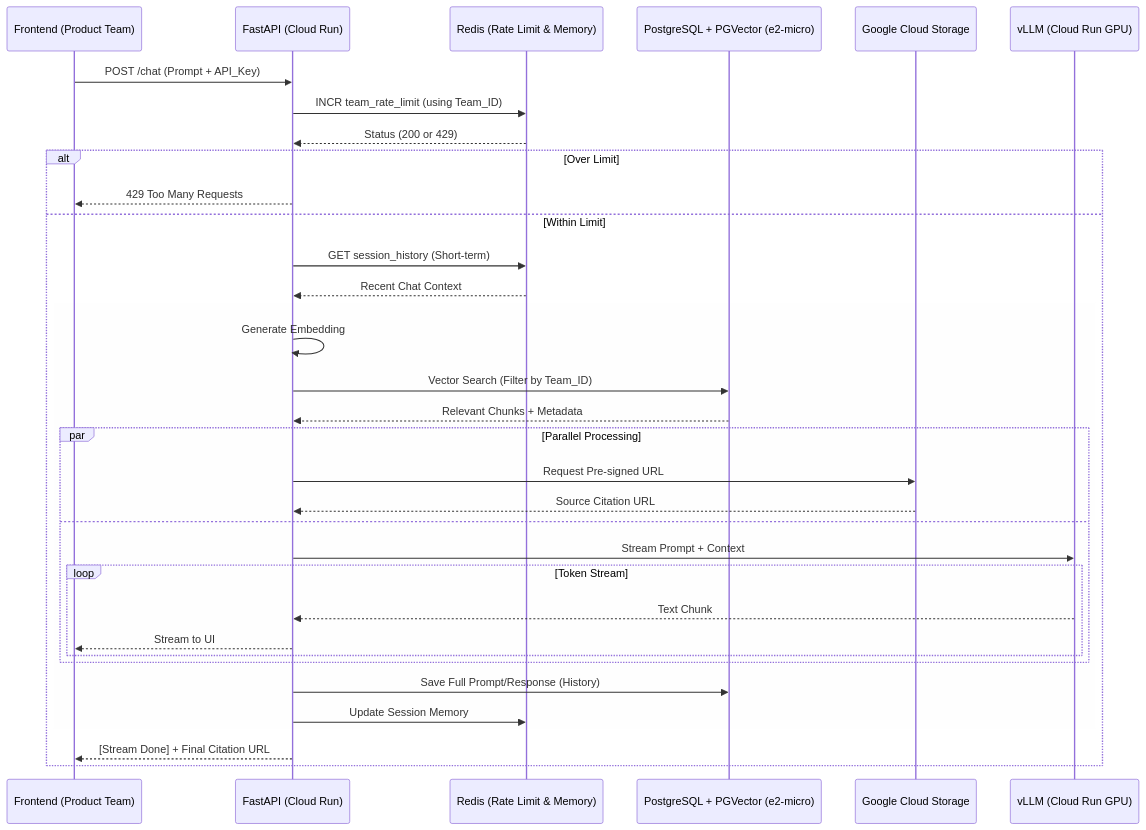
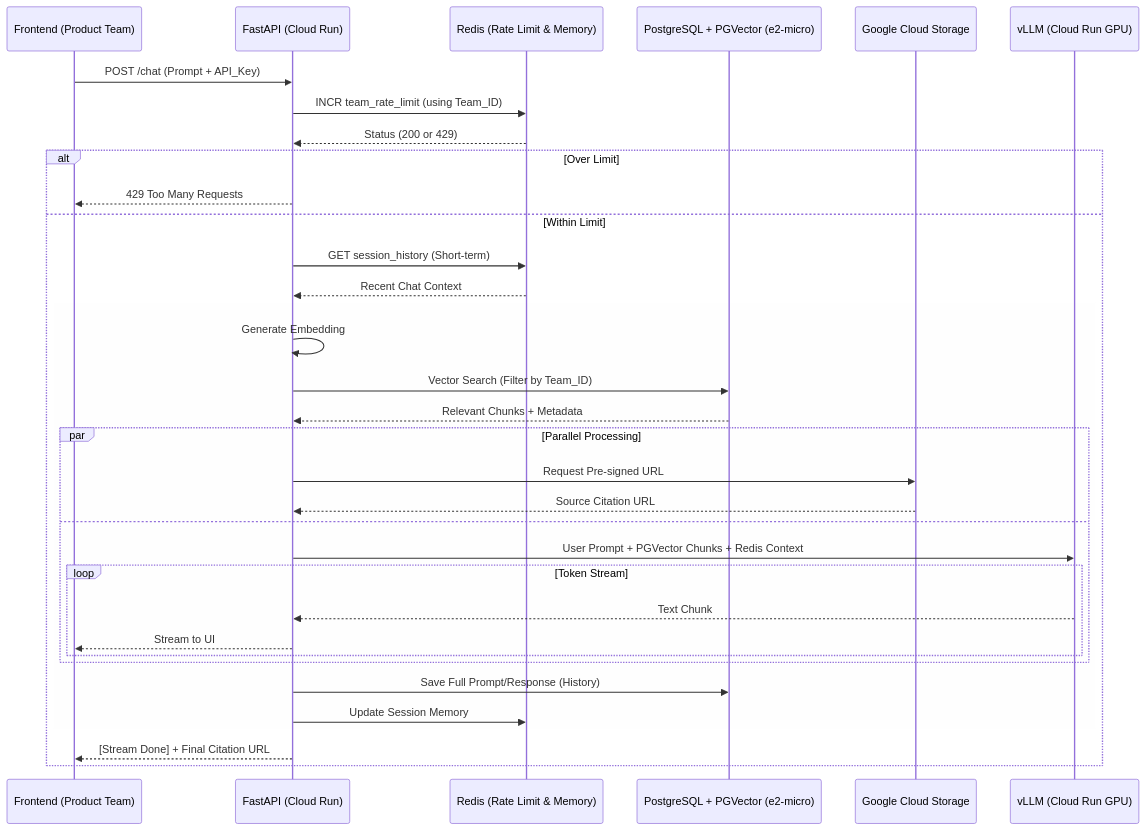
The diagram in sequence.md (Caleb-Hageman/ai-infra), drawn with Mermaid before and after one commit.

Commit message:
slight update for calling vllm

````diff
--- a/sequence.md
+++ b/sequence.md
@@ -1,44 +1,44 @@
 ```mermaid
     sequenceDiagram
     participant FE as Frontend (Product Team)
     participant API as FastAPI (Cloud Run)
     participant R as Redis (Rate Limit & Memory)
     participant DB as PostgreSQL + PGVector (e2-micro)
     participant GCS as Google Cloud Storage
     participant GPU as vLLM (Cloud Run GPU)
 
     FE->>API: POST /chat (Prompt + API_Key)
     
     API->>R: INCR team_rate_limit (using Team_ID)
     R-->>API: Status (200 or 429)
 
     alt Over Limit
         API-->>FE: 429 Too Many Requests
     else Within Limit
         API->>R: GET session_history (Short-term)
         R-->>API: Recent Chat Context
 
         rect rgba(240, 240, 240, 0.1)
             API->>API: Generate Embedding
             
             API->>DB: Vector Search (Filter by Team_ID)
             DB-->>API: Relevant Chunks + Metadata
             
             par Parallel Processing
                 API->>GCS: Request Pre-signed URL
                 GCS-->>API: Source Citation URL
             and
-                API->>GPU: Stream Prompt + Context
+                API->>GPU: User Prompt + PGVector Chunks + Redis Context
                 loop Token Stream
                     GPU-->>API: Text Chunk
                     API-->>FE: Stream to UI
                 end
             end
             
             API->>DB: Save Full Prompt/Response (History)
             API->>R: Update Session Memory
         end
         
         API-->>FE: [Stream Done] + Final Citation URL
     end
 ```
````
